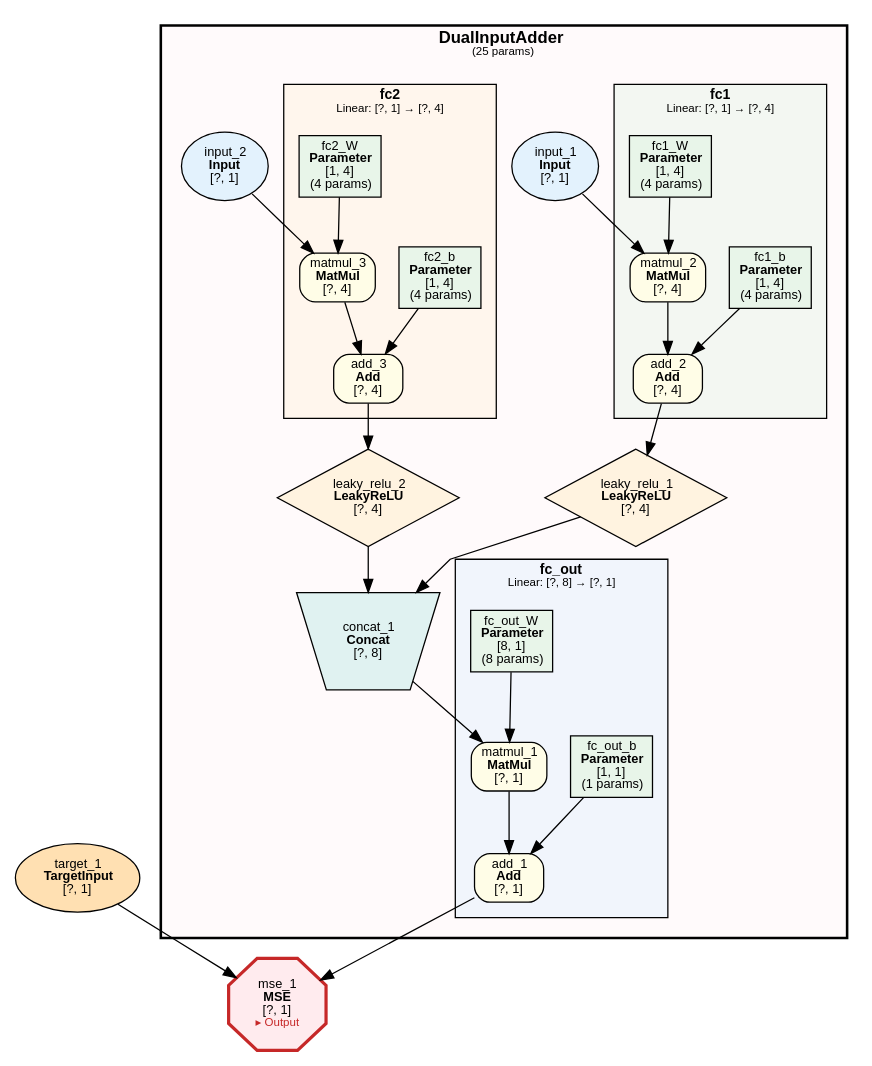
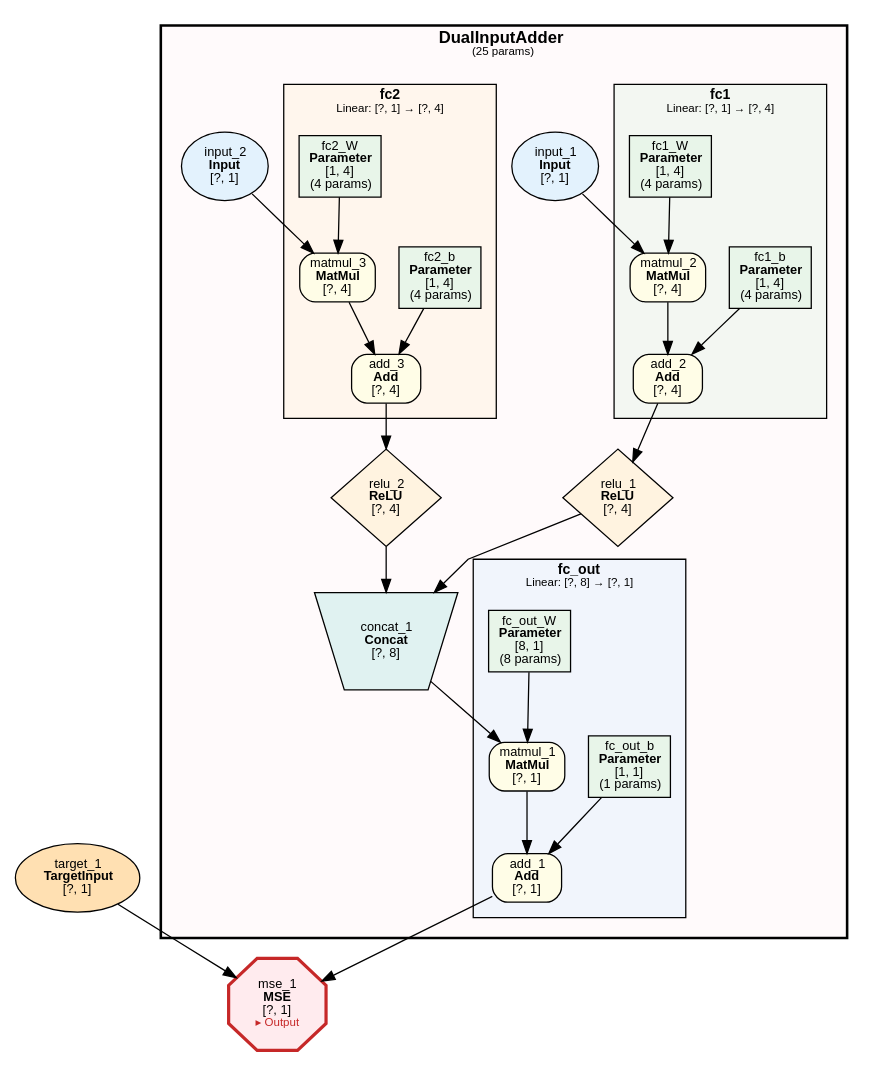
Before and after one commit to dbsxdbsx/only_torch: the diagram in examples/dual_input_add/dual_input_add.dot, drawn with Graphviz. The commit also changed 9 other files, not shown here.

First line of the commit message:
refactor: replace LeakyReLU with ReLU in compute graph representations

```diff
--- a/examples/dual_input_add/dual_input_add.dot
+++ b/examples/dual_input_add/dual_input_add.dot
@@ -1,83 +1,83 @@
 digraph ComputeGraph {
     rankdir=TB;
     newrank=true;
     splines=polyline;
     node [fontname="Microsoft YaHei,SimHei,Arial"];
     edge [fontname="Microsoft YaHei,SimHei,Arial"];
 
     subgraph cluster_model_DualInputAdder {
         label=<<B>DualInputAdder</B><BR/><FONT POINT-SIZE="9">(25 params)</FONT>>;
         style="filled,bold";
         fillcolor="#FFEBEE40";
         fontname="Microsoft YaHei,SimHei,Arial";
         fontsize=13;
         margin=16;
 
         subgraph cluster_DualInputAdder_fc_out {
             label=<<B>fc_out</B><BR/><FONT POINT-SIZE="9">Linear: [?, 8] → [?, 1]</FONT>>;
             style=filled;
             fillcolor="#E3F2FD80";
             fontname="Microsoft YaHei,SimHei,Arial";
             fontsize=11;
             margin=12;
                 "2" [label=<add_1<BR/><B>Add</B><BR/>[?, 1]> shape=box style="filled,rounded" fillcolor="#FFFDE7" fontsize=10];
                 "4" [label=<matmul_1<BR/><B>MatMul</B><BR/>[?, 1]> shape=box style="filled,rounded" fillcolor="#FFFDE7" fontsize=10];
                 "5" [label=<fc_out_b<BR/><B>Parameter</B><BR/>[1, 1]<BR/>(1 params)> shape=box style=filled fillcolor="#E8F5E9" fontsize=10];
                 "7" [label=<fc_out_W<BR/><B>Parameter</B><BR/>[8, 1]<BR/>(8 params)> shape=box style=filled fillcolor="#E8F5E9" fontsize=10];
         }
 
         subgraph cluster_DualInputAdder_fc1 {
             label=<<B>fc1</B><BR/><FONT POINT-SIZE="9">Linear: [?, 1] → [?, 4]</FONT>>;
             style=filled;
             fillcolor="#E8F5E980";
             fontname="Microsoft YaHei,SimHei,Arial";
             fontsize=11;
             margin=12;
                 "10" [label=<add_2<BR/><B>Add</B><BR/>[?, 4]> shape=box style="filled,rounded" fillcolor="#FFFDE7" fontsize=10];
                 "12" [label=<matmul_2<BR/><B>MatMul</B><BR/>[?, 4]> shape=box style="filled,rounded" fillcolor="#FFFDE7" fontsize=10];
                 "13" [label=<fc1_b<BR/><B>Parameter</B><BR/>[1, 4]<BR/>(4 params)> shape=box style=filled fillcolor="#E8F5E9" fontsize=10];
                 "17" [label=<fc1_W<BR/><B>Parameter</B><BR/>[1, 4]<BR/>(4 params)> shape=box style=filled fillcolor="#E8F5E9" fontsize=10];
         }
 
         subgraph cluster_DualInputAdder_fc2 {
             label=<<B>fc2</B><BR/><FONT POINT-SIZE="9">Linear: [?, 1] → [?, 4]</FONT>>;
             style=filled;
             fillcolor="#FFF3E080";
             fontname="Microsoft YaHei,SimHei,Arial";
             fontsize=11;
             margin=12;
                 "11" [label=<add_3<BR/><B>Add</B><BR/>[?, 4]> shape=box style="filled,rounded" fillcolor="#FFFDE7" fontsize=10];
                 "14" [label=<matmul_3<BR/><B>MatMul</B><BR/>[?, 4]> shape=box style="filled,rounded" fillcolor="#FFFDE7" fontsize=10];
                 "15" [label=<fc2_b<BR/><B>Parameter</B><BR/>[1, 4]<BR/>(4 params)> shape=box style=filled fillcolor="#E8F5E9" fontsize=10];
                 "19" [label=<fc2_W<BR/><B>Parameter</B><BR/>[1, 4]<BR/>(4 params)> shape=box style=filled fillcolor="#E8F5E9" fontsize=10];
         }
 
         "6" [label=<concat_1<BR/><B>Concat</B><BR/>[?, 8]> shape=invtrapezium style=filled fillcolor="#E0F2F1" fontsize=10];
-        "8" [label=<leaky_relu_1<BR/><B>LeakyReLU</B><BR/>[?, 4]> shape=diamond style=filled fillcolor="#FFF3E0" fontsize=10];
-        "9" [label=<leaky_relu_2<BR/><B>LeakyReLU</B><BR/>[?, 4]> shape=diamond style=filled fillcolor="#FFF3E0" fontsize=10];
+        "8" [label=<relu_1<BR/><B>ReLU</B><BR/>[?, 4]> shape=diamond style=filled fillcolor="#FFF3E0" fontsize=10];
+        "9" [label=<relu_2<BR/><B>ReLU</B><BR/>[?, 4]> shape=diamond style=filled fillcolor="#FFF3E0" fontsize=10];
         "16" [label=<input_1<BR/><B>Input</B><BR/>[?, 1]> shape=ellipse style=filled fillcolor="#E3F2FD" fontsize=10];
         "18" [label=<input_2<BR/><B>Input</B><BR/>[?, 1]> shape=ellipse style=filled fillcolor="#E3F2FD" fontsize=10];
     }
 
     "1" [label=<mse_1<BR/><B>MSE</B><BR/>[?, 1]<BR/><FONT COLOR="#C62828" POINT-SIZE="9">▸ Output</FONT>> shape=octagon style=filled fillcolor="#FFEBEE" fontsize=10 penwidth=2.5 color="#C62828"];
     "3" [label=<target_1<BR/><B>TargetInput</B><BR/>[?, 1]> shape=ellipse style=filled fillcolor="#FFE0B2" fontsize=10];
 
     "2" -> "1";
     "3" -> "1";
     "4" -> "2";
     "5" -> "2";
     "6" -> "4";
     "7" -> "4";
     "8" -> "6";
     "9" -> "6";
     "10" -> "8";
     "11" -> "9";
     "12" -> "10";
     "13" -> "10";
     "14" -> "11";
     "15" -> "11";
     "16" -> "12";
     "17" -> "12";
     "18" -> "14";
     "19" -> "14";
 }
```
